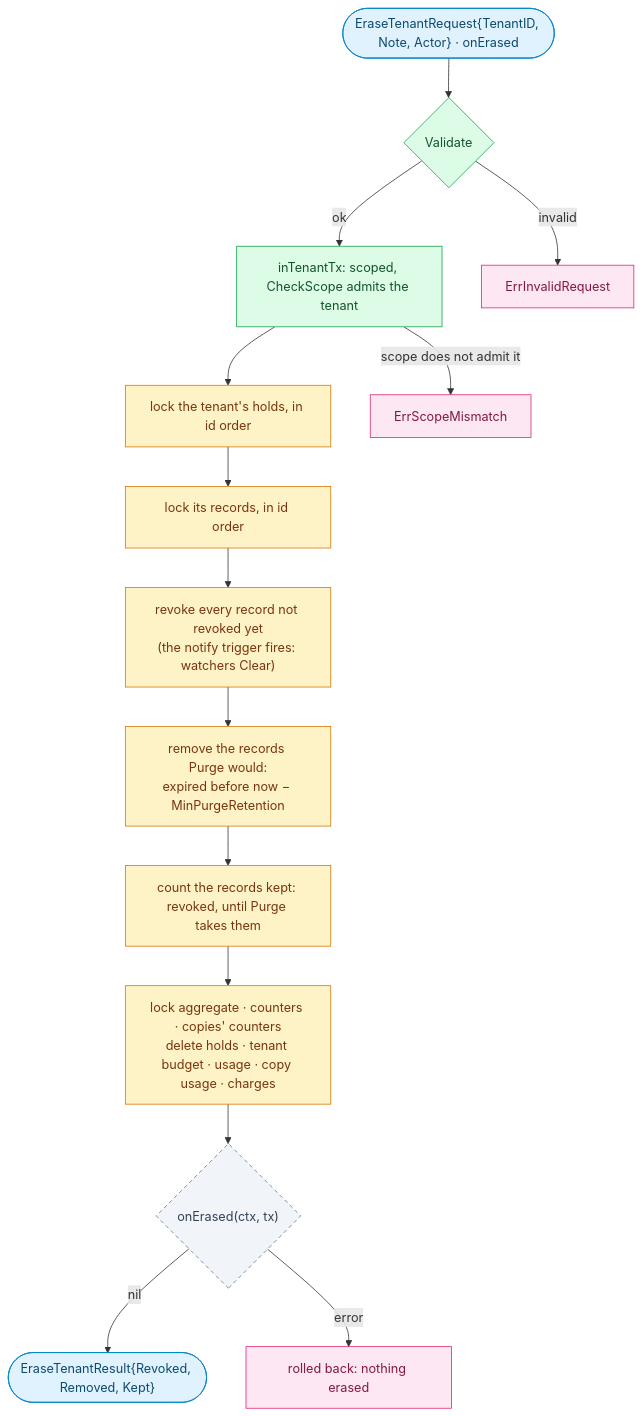
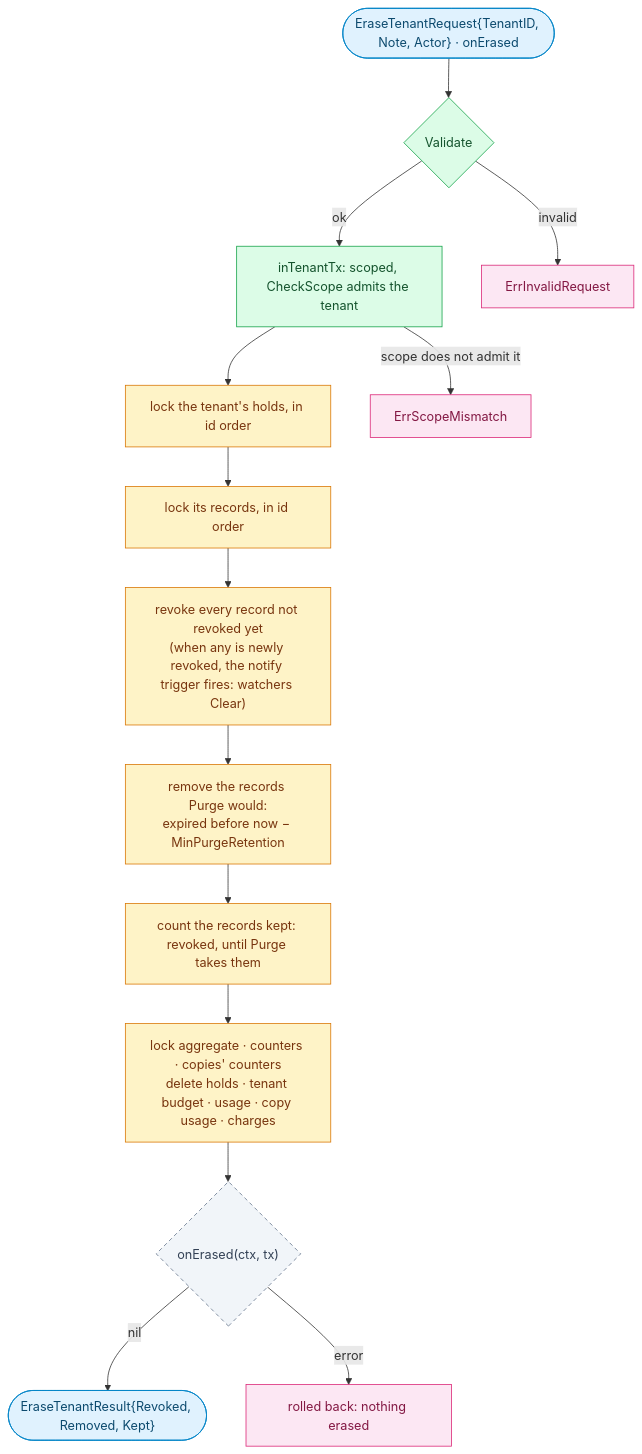
Diagram 13 of 13 in docs/diagrams.md (oleg-tkachuk/limes), drawn with Mermaid before and after one commit. The commit also changed other lines of this file and 2 other files, not shown here.

First line of the commit message:
docs: correct the readme, guide and diagrams against the code

````diff
--- a/docs/diagrams.md
+++ b/docs/diagrams.md
@@ -944,31 +951,31 @@
 ```mermaid
 flowchart TB
     req(["EraseTenantRequest{TenantID, Note, Actor} · onErased"])
     val{"Validate"}
     tx["inTenantTx: scoped, CheckScope admits the tenant"]
     holds["lock the tenant's holds, in id order"]
     recs["lock its records, in id order"]
-    revoke["revoke every record not revoked yet<br/>(the notify trigger fires: watchers Clear)"]
+    revoke["revoke every record not revoked yet<br/>(when any is newly revoked, the notify trigger fires: watchers Clear)"]
     remove["remove the records Purge would:<br/>expired before now − MinPurgeRetention"]
     kept["count the records kept: revoked, until Purge takes them"]
     usage["lock aggregate · counters · copies' counters<br/>delete holds · tenant budget · usage · copy usage · charges"]
     cb{"onErased(ctx, tx)"}
     ok(["EraseTenantResult{Revoked, Removed, Kept}"])
     back["rolled back: nothing erased"]
 
     req --> val -- ok --> tx --> holds --> recs --> revoke --> remove --> kept --> usage --> cb -- nil --> ok
     val -- invalid --> inval["ErrInvalidRequest"]
     tx -- "scope does not admit it" --> mismatch["ErrScopeMismatch"]
     cb -- error --> back
 
     classDef client fill:#E0F2FE,stroke:#0284C7,color:#0C4A6E
     classDef role fill:#DCFCE7,stroke:#16A34A,color:#14532D
     classDef optional fill:#F1F5F9,stroke:#64748B,color:#334155,stroke-dasharray:5 4
     classDef store fill:#FEF3C7,stroke:#D97706,color:#78350F
     classDef external fill:#FCE7F3,stroke:#DB2777,color:#831843
     class req,ok client
     class val,tx role
     class cb optional
     class holds,recs,revoke,remove,kept,usage store
     class inval,mismatch,back external
 ```
````
